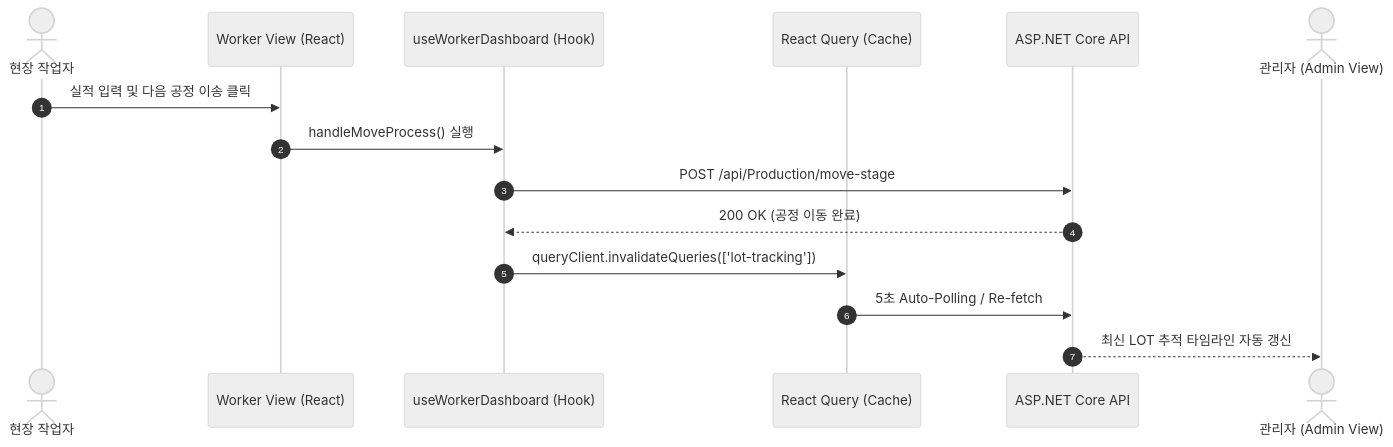
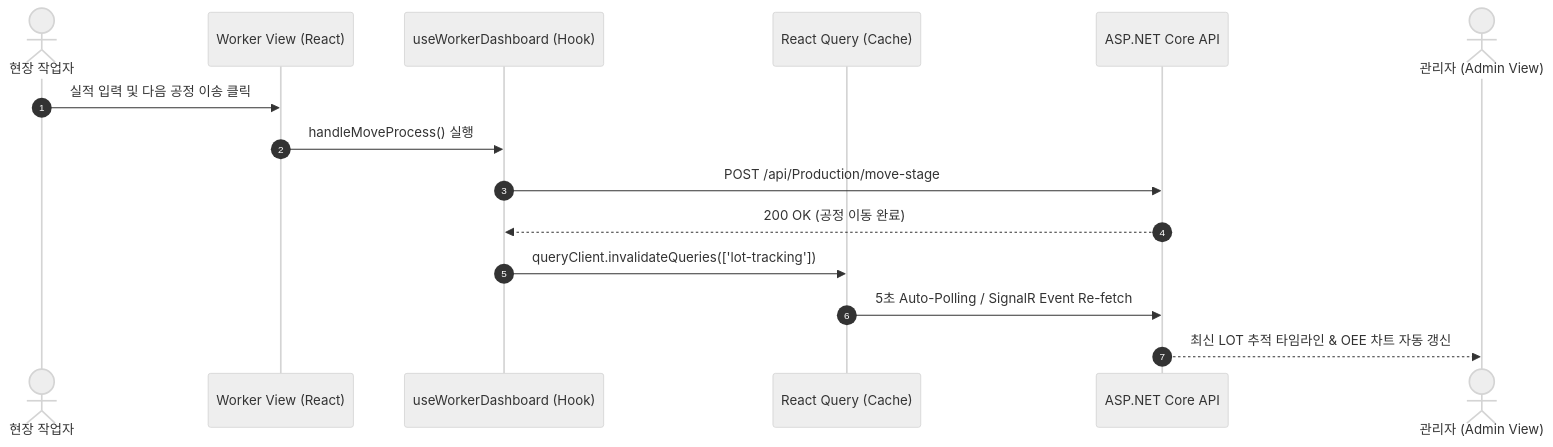
The diagram in docs/FRONTEND_ARCHITECTURE.md (Mini-MES/mes_front), drawn with Mermaid (neutral theme) before and after one commit. The commit also changed other lines of this file and 7 other files, not shown here.

````diff
--- a/docs/FRONTEND_ARCHITECTURE.md
+++ b/docs/FRONTEND_ARCHITECTURE.md
@@ -55,18 +59,18 @@
 ```mermaid
 sequenceDiagram
     autonumber
     actor Worker as 현장 작업자
     participant UI as Worker View (React)
     participant Hook as useWorkerDashboard (Hook)
     participant RQ as React Query (Cache)
     participant API as ASP.NET Core API
     actor Admin as 관리자 (Admin View)
 
     Worker->>UI: 실적 입력 및 다음 공정 이송 클릭
     UI->>Hook: handleMoveProcess() 실행
     Hook->>API: POST /api/Production/move-stage
     API-->>Hook: 200 OK (공정 이동 완료)
     Hook->>RQ: queryClient.invalidateQueries(['lot-tracking'])
-    RQ->>API: 5초 Auto-Polling / Re-fetch
-    API-->>Admin: 최신 LOT 추적 타임라인 자동 갱신
+    RQ->>API: 5초 Auto-Polling / SignalR Event Re-fetch
+    API-->>Admin: 최신 LOT 추적 타임라인 & OEE 차트 자동 갱신
 ```
````
